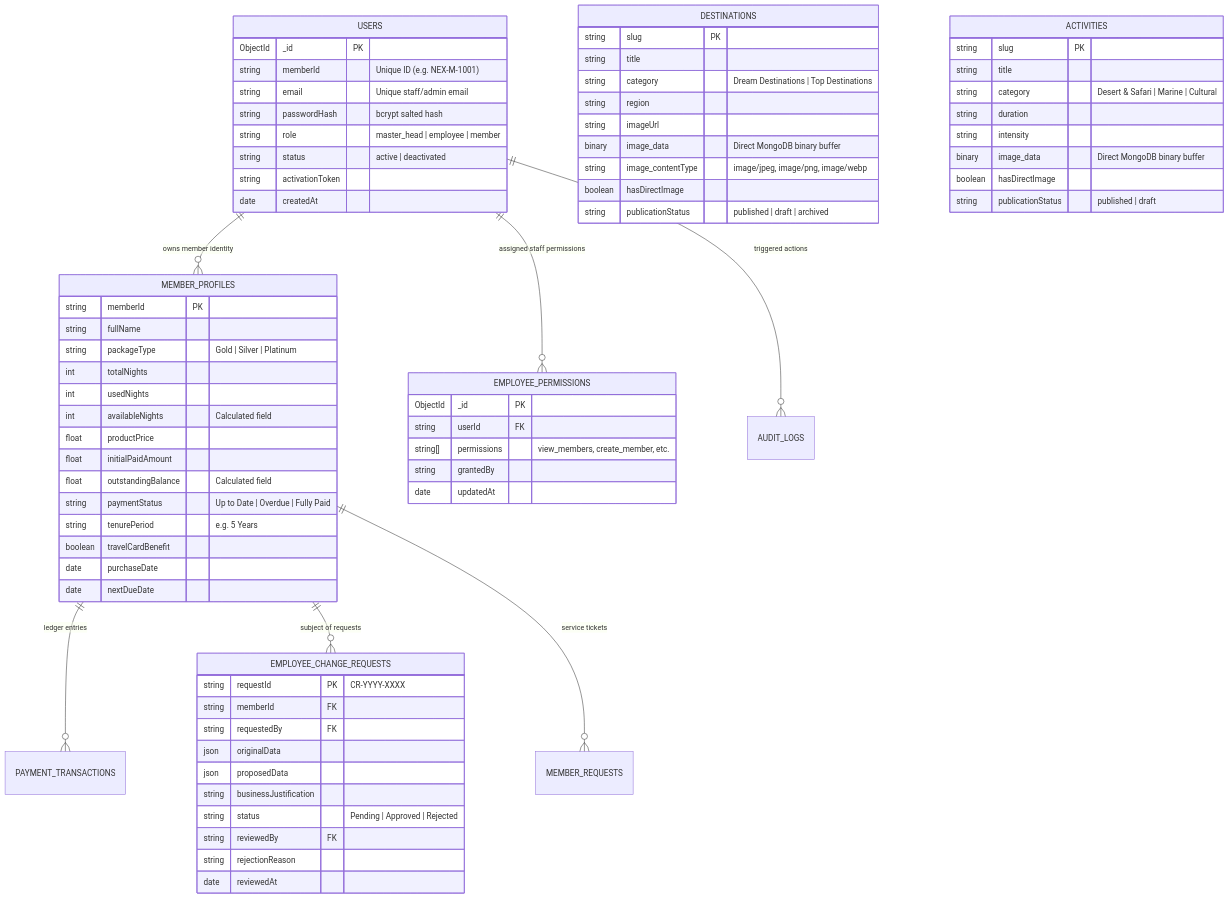
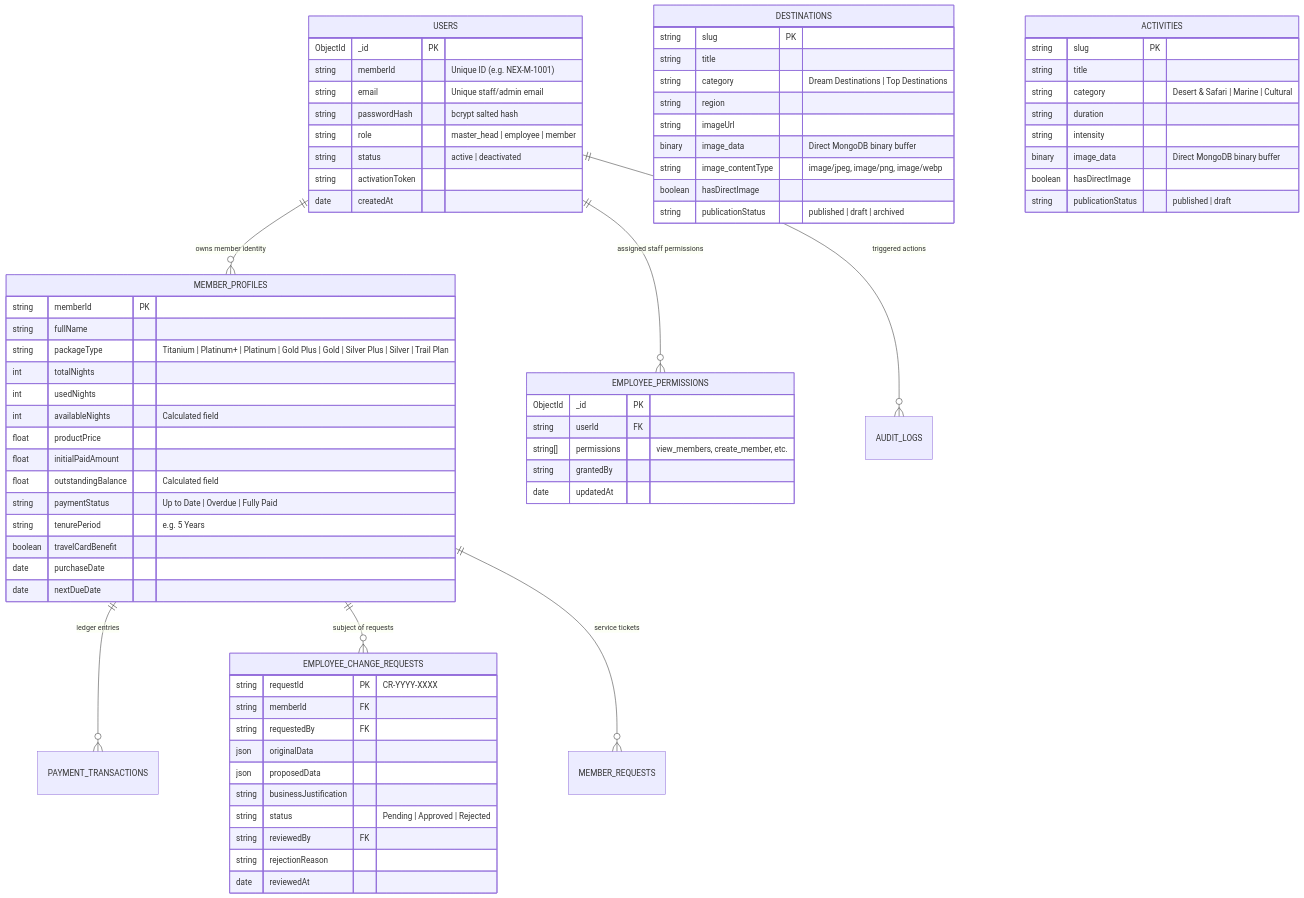
The third of 4 diagrams in README.md (HarshLogic/Nex-World-Travel), drawn with Mermaid before and after one commit. The commit also changed 10 other files, not shown here.

Commit message:
Trail plan is added to the webstie and ready

````diff
--- a/README.md
+++ b/README.md
@@ -135,81 +135,81 @@
 ```mermaid
 erDiagram
     USERS ||--o{ MEMBER_PROFILES : "owns member identity"
     USERS ||--o{ EMPLOYEE_PERMISSIONS : "assigned staff permissions"
     USERS ||--o{ AUDIT_LOGS : "triggered actions"
     MEMBER_PROFILES ||--o{ PAYMENT_TRANSACTIONS : "ledger entries"
     MEMBER_PROFILES ||--o{ EMPLOYEE_CHANGE_REQUESTS : "subject of requests"
     MEMBER_PROFILES ||--o{ MEMBER_REQUESTS : "service tickets"
     
     USERS {
         ObjectId _id PK
         string memberId "Unique ID (e.g. NEX-M-1001)"
         string email "Unique staff/admin email"
         string passwordHash "bcrypt salted hash"
         string role "master_head | employee | member"
         string status "active | deactivated"
         string activationToken
         date createdAt
     }
 
     MEMBER_PROFILES {
         string memberId PK
         string fullName
-        string packageType "Gold | Silver | Platinum"
+        string packageType "Titanium | Platinum+ | Platinum | Gold Plus | Gold | Silver Plus | Silver | Trail Plan"
         int totalNights
         int usedNights
         int availableNights "Calculated field"
         float productPrice
         float initialPaidAmount
         float outstandingBalance "Calculated field"
         string paymentStatus "Up to Date | Overdue | Fully Paid"
         string tenurePeriod "e.g. 5 Years"
         boolean travelCardBenefit
         date purchaseDate
         date nextDueDate
     }
 
     EMPLOYEE_PERMISSIONS {
         ObjectId _id PK
         string userId FK
         string[] permissions "view_members, create_member, etc."
         string grantedBy
         date updatedAt
     }
 
     EMPLOYEE_CHANGE_REQUESTS {
         string requestId PK "CR-YYYY-XXXX"
         string memberId FK
         string requestedBy FK
         json originalData
         json proposedData
         string businessJustification
         string status "Pending | Approved | Rejected"
         string reviewedBy FK
         string rejectionReason
         date reviewedAt
     }
 
     DESTINATIONS {
         string slug PK
         string title
         string category "Dream Destinations | Top Destinations"
         string region
         string imageUrl
         binary image_data "Direct MongoDB binary buffer"
         string image_contentType "image/jpeg, image/png, image/webp"
         boolean hasDirectImage
         string publicationStatus "published | draft | archived"
     }
 
     ACTIVITIES {
         string slug PK
         string title
         string category "Desert & Safari | Marine | Cultural"
         string duration
         string intensity
         binary image_data "Direct MongoDB binary buffer"
         boolean hasDirectImage
         string publicationStatus "published | draft"
     }
 ```
````
